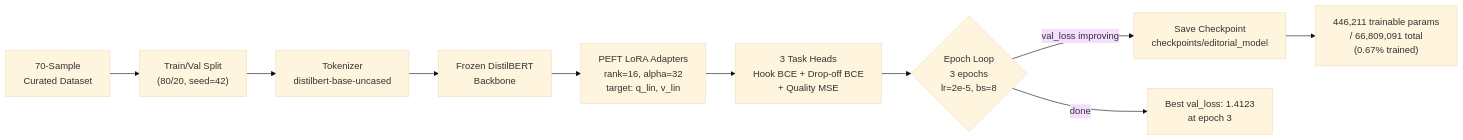
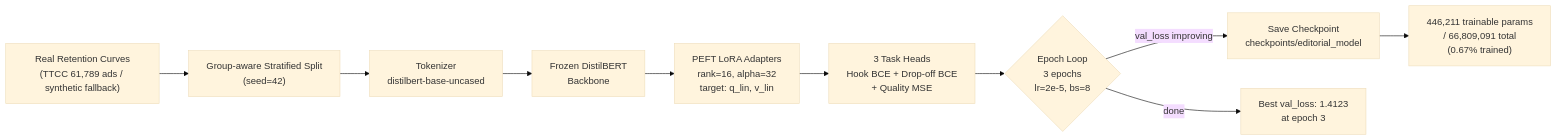
Before and after one commit to Nabilhassan12345/video-editorial-intelligence: the second of 3 diagrams in README.md, drawn with Mermaid (base theme). The commit also changed other lines of this file and 15 other files, not shown here.

Commit message:
Real retention-labeled training: TTCC/vRetention adapters, real-data training (drop-off AUC 0.73), docs

````diff
--- a/README.md
+++ b/README.md
@@ -89,12 +89,12 @@
 ```mermaid
 flowchart LR
-    A["70-Sample\nCurated Dataset"] --> B["Train/Val Split\n(80/20, seed=42)"]
+    A["Real Retention Curves\n(TTCC 61,789 ads / synthetic fallback)"] --> B["Group-aware Stratified Split\n(seed=42)"]
     B --> C["Tokenizer\ndistilbert-base-uncased"]
     C --> D["Frozen DistilBERT\nBackbone"]
     D --> E["PEFT LoRA Adapters\nrank=16, alpha=32\ntarget: q_lin, v_lin"]
     E --> F["3 Task Heads\nHook BCE + Drop-off BCE\n+ Quality MSE"]
     F --> G{"Epoch Loop\n3 epochs\nlr=2e-5, bs=8"}
     G -->|"val_loss improving"| H["Save Checkpoint\ncheckpoints/editorial_model"]
     G -->|"done"| I["Best val_loss: 1.4123\nat epoch 3"]
     H --> J["446,211 trainable params\n/ 66,809,091 total\n(0.67% trained)"]
 ```
````
